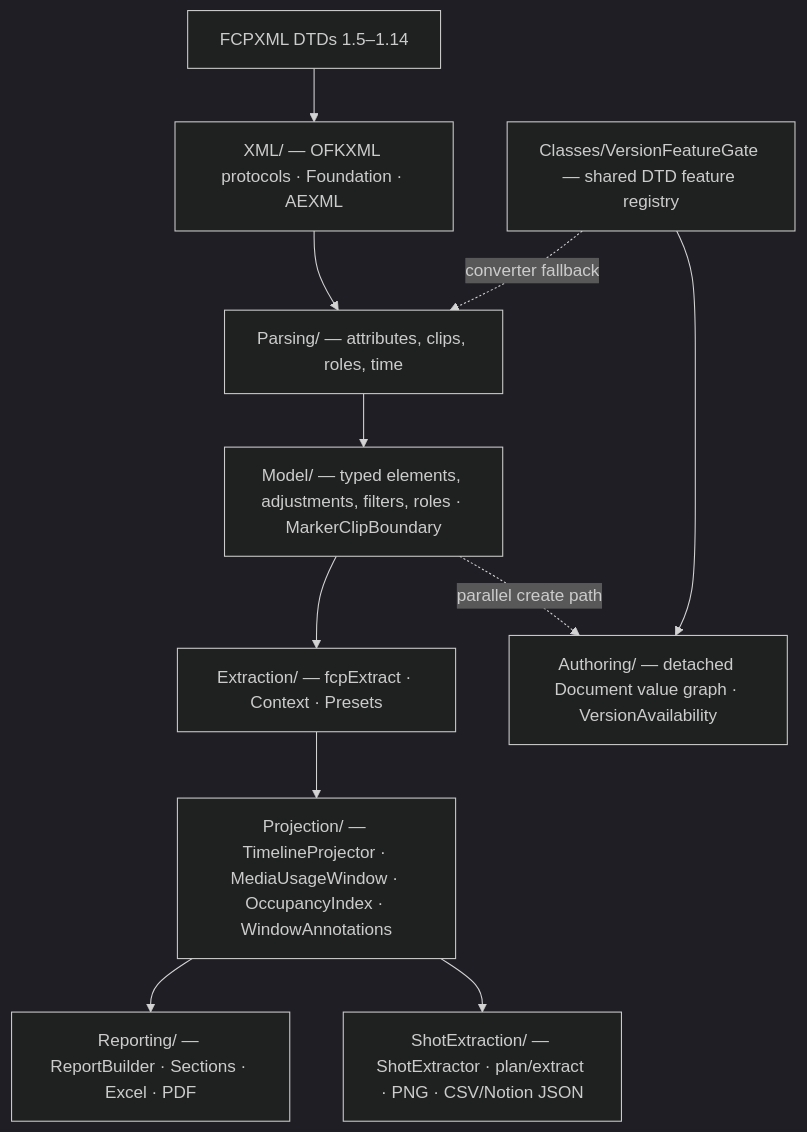
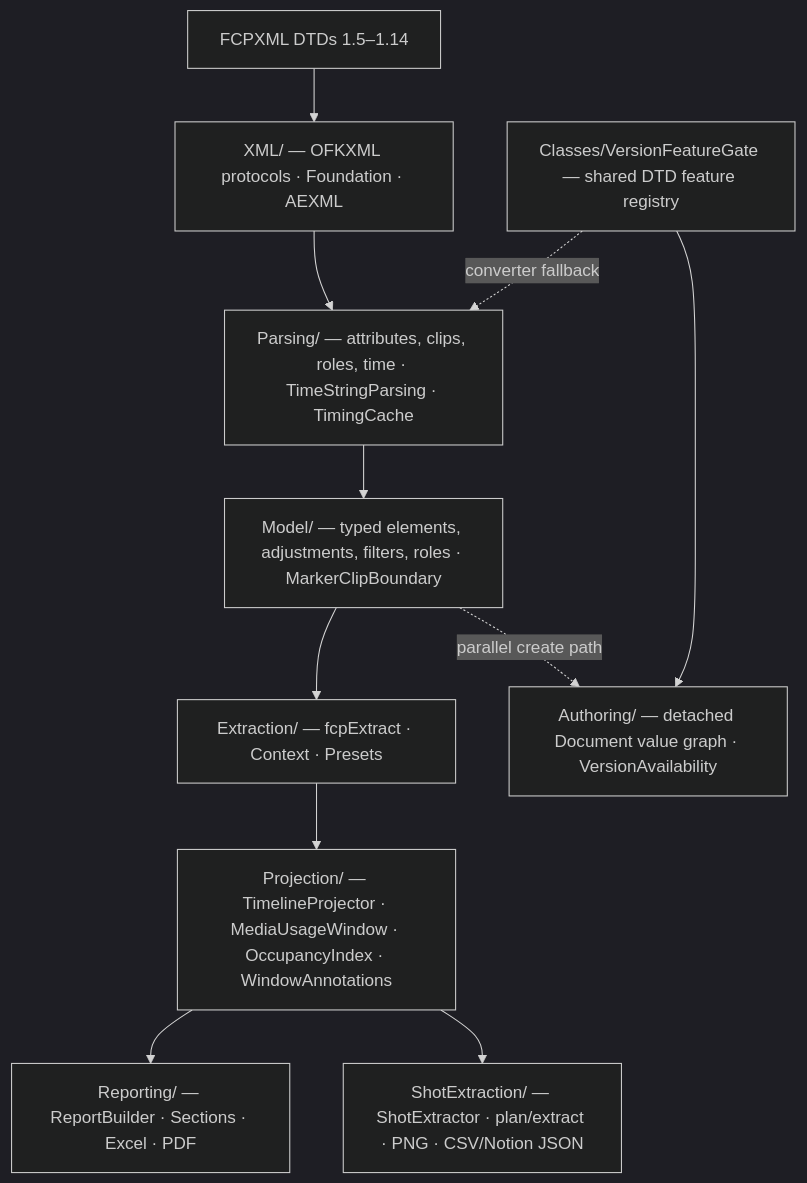
Before and after one commit to TheAcharya/OpenFCPXMLKit: the third of 6 diagrams in ARCHITECTURE.md, drawn with Mermaid (dark theme). The commit also changed other lines of this file and 62 other files, not shown here.

````diff
--- a/ARCHITECTURE.md
+++ b/ARCHITECTURE.md
@@ -293,20 +305,20 @@
 ```mermaid
 flowchart TB
     DTD["FCPXML DTDs 1.5–1.14"]
     XML["XML/ — OFKXML protocols · Foundation · AEXML"]
-    PRS["Parsing/ — attributes, clips, roles, time"]
+    PRS["Parsing/ — attributes, clips, roles, time · TimeStringParsing · TimingCache"]
     MDL["Model/ — typed elements, adjustments, filters, roles · MarkerClipBoundary"]
     EXT["Extraction/ — fcpExtract · Context · Presets"]
     PRJ["Projection/ — TimelineProjector · MediaUsageWindow · OccupancyIndex · WindowAnnotations"]
     REP["Reporting/ — ReportBuilder · Sections · Excel · PDF"]
     SHOT["ShotExtraction/ — ShotExtractor · plan/extract · PNG · CSV/Notion JSON"]
 
     DTD --> XML --> PRS --> MDL --> EXT --> PRJ --> REP
     PRJ --> SHOT
 
     AUTH["Authoring/ — detached Document value graph · VersionAvailability"]
     GATE["Classes/VersionFeatureGate — shared DTD feature registry"]
     MDL -.->|"parallel create path"| AUTH
     GATE --> AUTH
     GATE -.->|"converter fallback"| PRS
 ```
````
